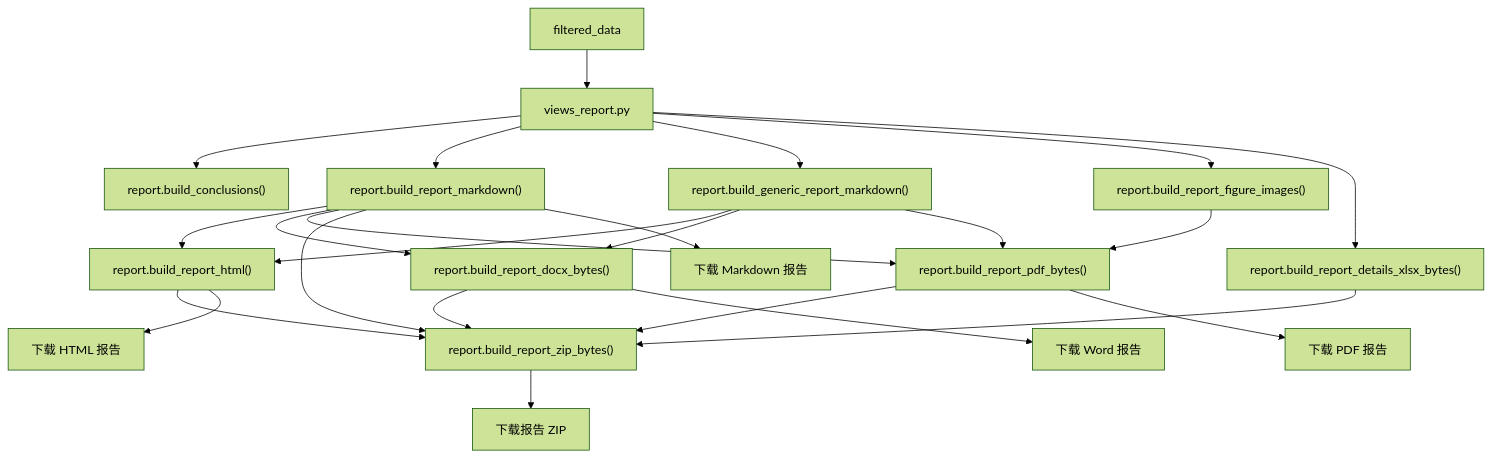
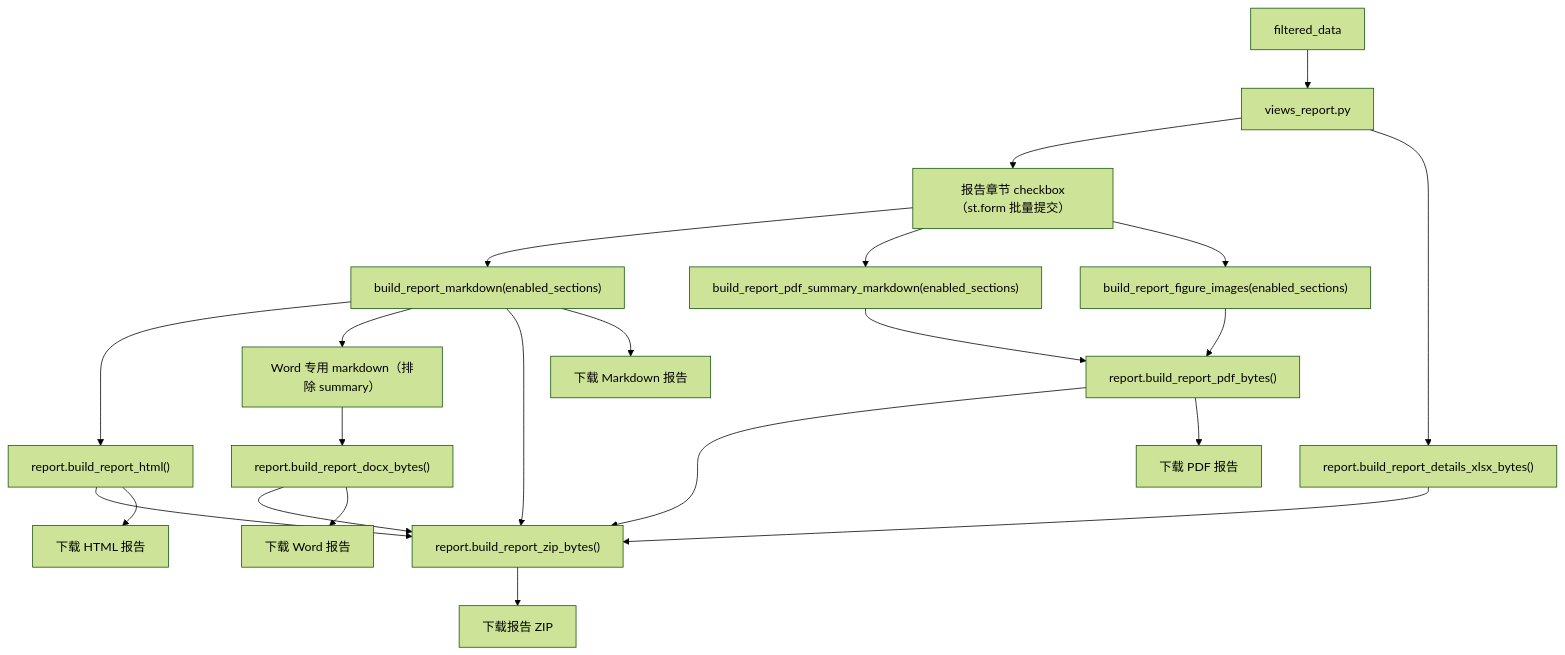
One commit to EthanCheung-gh/perf-analyzer changed the seventh of 9 diagrams in docs/code-map.md. Above: the diagram before and after it, drawn with Mermaid (forest theme). The commit also changed other lines of this file and 1 other file, not shown here.

Commit message:
doc: update code-map with advanced filter/report section flows; update README with new features

````diff
--- a/docs/code-map.md
+++ b/docs/code-map.md
@@ -222,26 +231,30 @@
 ```mermaid
 flowchart TD
     Data["filtered_data"] --> ReportView["views_report.py"]
-    ReportView --> Conclusions["report.build_conclusions()"]
-    ReportView --> Markdown["report.build_report_markdown()"]
-    ReportView --> GenericMarkdown["report.build_generic_report_markdown()"]
+    ReportView --> SectionSelect["报告章节 checkbox（st.form 批量提交）"]
+
+    SectionSelect --> Markdown["build_report_markdown(enabled_sections)"]
+    SectionSelect --> PdfSummary["build_report_pdf_summary_markdown(enabled_sections)"]
+    SectionSelect --> PdfImages["build_report_figure_images(enabled_sections)"]
+
     Markdown --> Html["report.build_report_html()"]
-    GenericMarkdown --> Html
-    Markdown --> Docx["report.build_report_docx_bytes()"]
-    GenericMarkdown --> Docx
-    Markdown --> Pdf["report.build_report_pdf_bytes()"]
-    GenericMarkdown --> Pdf
-    ReportView --> PdfImages["report.build_report_figure_images()"]
+    Markdown --> WordM["Word 专用 markdown（排除 summary）"]
+    WordM --> Docx["report.build_report_docx_bytes()"]
+
+    PdfSummary --> Pdf["report.build_report_pdf_bytes()"]
     PdfImages --> Pdf
+
     ReportView --> Details["report.build_report_details_xlsx_bytes()"]
+
     Markdown --> Zip["report.build_report_zip_bytes()"]
     Html --> Zip
     Docx --> Zip
     Pdf --> Zip
     Details --> Zip
+
     Html --> DownloadHtml["下载 HTML 报告"]
     Markdown --> DownloadMarkdown["下载 Markdown 报告"]
     Docx --> DownloadDocx["下载 Word 报告"]
     Pdf --> DownloadPdf["下载 PDF 报告"]
     Zip --> DownloadZip["下载报告 ZIP"]
 ```
````
